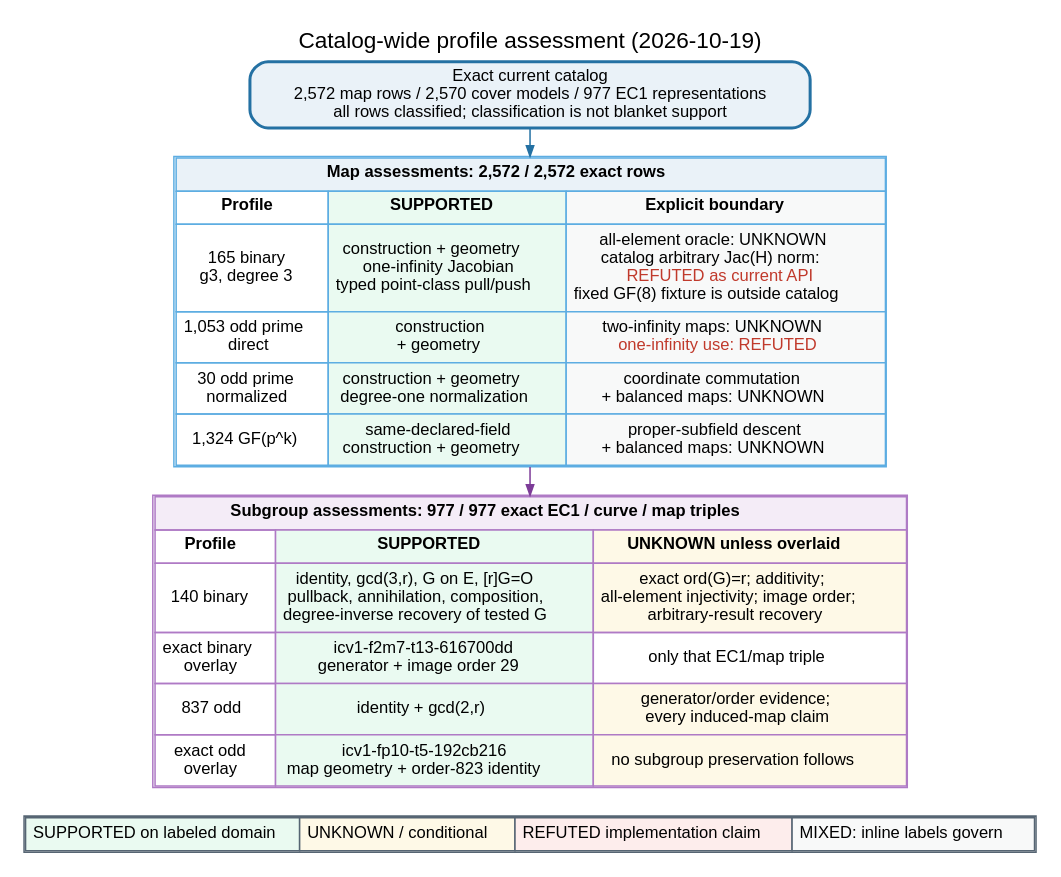
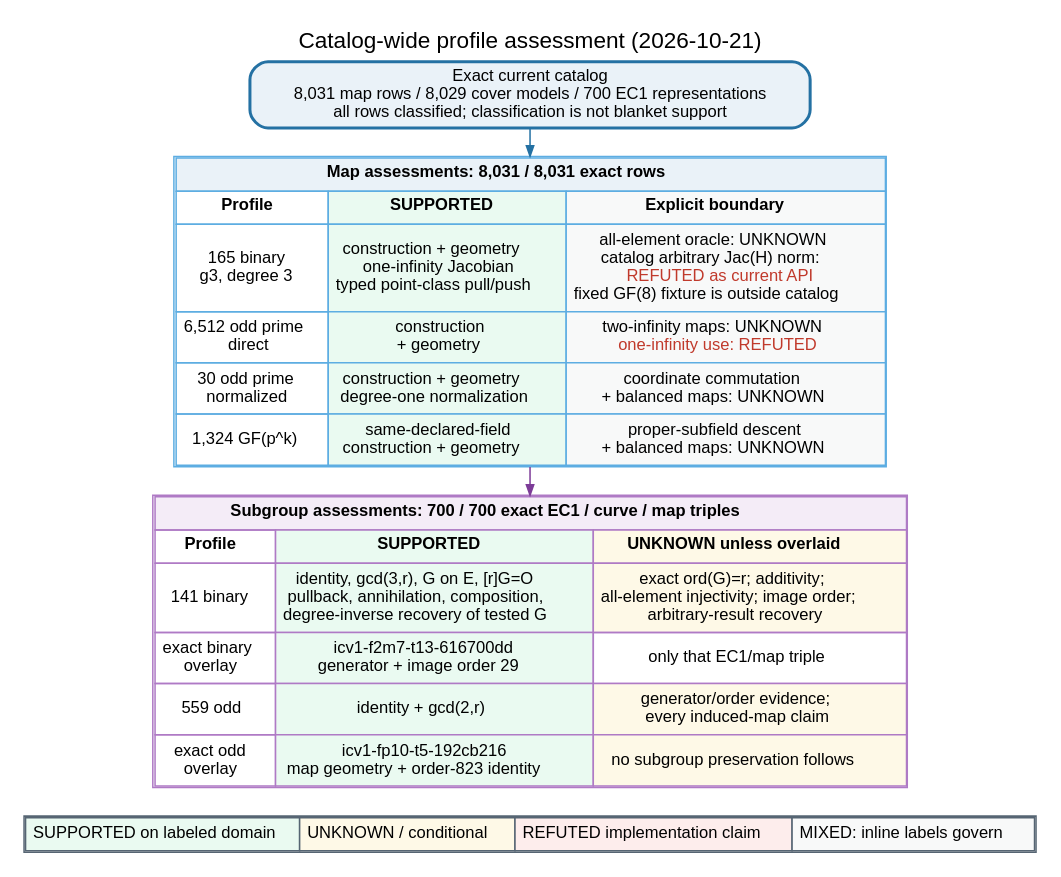
Before and after one commit to isogeny-labs/crypto: the diagram in research/cover_transfer_assessment_20261013/typed_correspondence.dot, drawn with Graphviz. The commit also changed 15 other files, not shown here.

Commit message:
Repair expanded cover catalog assessments and binary coordinate decoding

```diff
--- a/research/cover_transfer_assessment_20261013/typed_correspondence.dot
+++ b/research/cover_transfer_assessment_20261013/typed_correspondence.dot
@@ -1,64 +1,64 @@
-// cover-transfer-assessments/v2; catalog_maps=2572; unique_cover_models=2570; geometry_verified_maps=2572; ec1_representations=977; assessed_maps=2572; unassessed_maps=0; assessed_subgroups=977; unassessed_subgroups=0
+// cover-transfer-assessments/v2; catalog_maps=8031; unique_cover_models=8029; geometry_verified_maps=8031; ec1_representations=700; assessed_maps=8031; unassessed_maps=0; assessed_subgroups=700; unassessed_subgroups=0
 digraph cover_transfer_assessment {
   graph [
     rankdir=TB,
     bgcolor="white",
     pad="0.12",
     nodesep="0.20",
     ranksep="0.26",
     fontname="Helvetica",
     fontsize=15,
     labelloc="t",
-    label="Catalog-wide profile assessment (2026-10-19)"
+    label="Catalog-wide profile assessment (2026-10-21)"
   ];
   node [shape=box, style="rounded,filled", fillcolor="white", color="#34495e", fontname="Helvetica", fontsize=11];
   edge [fontname="Helvetica", fontsize=9, color="#34495e", arrowsize=0.7];
 
   catalog [
-    label="Exact current catalog\n2,572 map rows / 2,570 cover models / 977 EC1 representations\nall rows classified; classification is not blanket support",
+    label="Exact current catalog\n8,031 map rows / 8,029 cover models / 700 EC1 representations\nall rows classified; classification is not blanket support",
     fillcolor="#eaf2f8",
     color="#2471a3",
     penwidth=2
   ];
 
   maps [
     shape=plain,
     label=<
       <TABLE BORDER="1" CELLBORDER="1" CELLSPACING="0" CELLPADDING="4" COLOR="#5dade2">
-        <TR><TD COLSPAN="3" BGCOLOR="#eaf2f8"><B>Map assessments: 2,572 / 2,572 exact rows</B></TD></TR>
+        <TR><TD COLSPAN="3" BGCOLOR="#eaf2f8"><B>Map assessments: 8,031 / 8,031 exact rows</B></TD></TR>
         <TR><TD><B>Profile</B></TD><TD BGCOLOR="#eafaf1"><B>SUPPORTED</B></TD><TD BGCOLOR="#f8f9f9"><B>Explicit boundary</B></TD></TR>
         <TR><TD>165 binary<BR/>g3, degree 3</TD><TD BGCOLOR="#eafaf1">construction + geometry<BR/>one-infinity Jacobian<BR/>typed point-class pull/push</TD><TD BGCOLOR="#f8f9f9">all-element oracle: UNKNOWN<BR/>catalog arbitrary Jac(H) norm:<BR/><FONT COLOR="#c0392b">REFUTED as current API</FONT><BR/>fixed GF(8) fixture is outside catalog</TD></TR>
-        <TR><TD>1,053 odd prime<BR/>direct</TD><TD BGCOLOR="#eafaf1">construction<BR/>+ geometry</TD><TD BGCOLOR="#f8f9f9">two-infinity maps: UNKNOWN<BR/><FONT COLOR="#c0392b">one-infinity use: REFUTED</FONT></TD></TR>
+        <TR><TD>6,512 odd prime<BR/>direct</TD><TD BGCOLOR="#eafaf1">construction<BR/>+ geometry</TD><TD BGCOLOR="#f8f9f9">two-infinity maps: UNKNOWN<BR/><FONT COLOR="#c0392b">one-infinity use: REFUTED</FONT></TD></TR>
         <TR><TD>30 odd prime<BR/>normalized</TD><TD BGCOLOR="#eafaf1">construction + geometry<BR/>degree-one normalization</TD><TD BGCOLOR="#f8f9f9">coordinate commutation<BR/>+ balanced maps: UNKNOWN</TD></TR>
         <TR><TD>1,324 GF(p^k)</TD><TD BGCOLOR="#eafaf1">same-declared-field<BR/>construction + geometry</TD><TD BGCOLOR="#f8f9f9">proper-subfield descent<BR/>+ balanced maps: UNKNOWN</TD></TR>
       </TABLE>
     >
   ];
 
   subgroups [
     shape=plain,
     label=<
       <TABLE BORDER="1" CELLBORDER="1" CELLSPACING="0" CELLPADDING="4" COLOR="#af7ac5">
-        <TR><TD COLSPAN="3" BGCOLOR="#f4ecf7"><B>Subgroup assessments: 977 / 977 exact EC1 / curve / map triples</B></TD></TR>
+        <TR><TD COLSPAN="3" BGCOLOR="#f4ecf7"><B>Subgroup assessments: 700 / 700 exact EC1 / curve / map triples</B></TD></TR>
         <TR><TD><B>Profile</B></TD><TD BGCOLOR="#eafaf1"><B>SUPPORTED</B></TD><TD BGCOLOR="#fef9e7"><B>UNKNOWN unless overlaid</B></TD></TR>
-        <TR><TD>140 binary</TD><TD BGCOLOR="#eafaf1">identity, gcd(3,r), G on E, [r]G=O<BR/>pullback, annihilation, composition,<BR/>degree-inverse recovery of tested G</TD><TD BGCOLOR="#fef9e7">exact ord(G)=r; additivity;<BR/>all-element injectivity; image order;<BR/>arbitrary-result recovery</TD></TR>
+        <TR><TD>141 binary</TD><TD BGCOLOR="#eafaf1">identity, gcd(3,r), G on E, [r]G=O<BR/>pullback, annihilation, composition,<BR/>degree-inverse recovery of tested G</TD><TD BGCOLOR="#fef9e7">exact ord(G)=r; additivity;<BR/>all-element injectivity; image order;<BR/>arbitrary-result recovery</TD></TR>
         <TR><TD>exact binary<BR/>overlay</TD><TD BGCOLOR="#eafaf1">icv1-f2m7-t13-616700dd<BR/>generator + image order 29</TD><TD>only that EC1/map triple</TD></TR>
-        <TR><TD>837 odd</TD><TD BGCOLOR="#eafaf1">identity + gcd(2,r)</TD><TD BGCOLOR="#fef9e7">generator/order evidence;<BR/>every induced-map claim</TD></TR>
+        <TR><TD>559 odd</TD><TD BGCOLOR="#eafaf1">identity + gcd(2,r)</TD><TD BGCOLOR="#fef9e7">generator/order evidence;<BR/>every induced-map claim</TD></TR>
         <TR><TD>exact odd<BR/>overlay</TD><TD BGCOLOR="#eafaf1">icv1-fp10-t5-192cb216<BR/>map geometry + order-823 identity</TD><TD BGCOLOR="#fef9e7">no subgroup preservation follows</TD></TR>
       </TABLE>
     >
   ];
 
   legend [
     shape=plain,
     label=<
       <TABLE BORDER="1" CELLBORDER="1" CELLSPACING="0" CELLPADDING="4" COLOR="#566573">
         <TR><TD BGCOLOR="#eafaf1">SUPPORTED on labeled domain</TD><TD BGCOLOR="#fef9e7">UNKNOWN / conditional</TD><TD BGCOLOR="#fdedec">REFUTED implementation claim</TD><TD BGCOLOR="#f8f9f9">MIXED: inline labels govern</TD></TR>
       </TABLE>
     >
   ];
 
   catalog -> maps [color="#2471a3"];
   maps -> subgroups [color="#7d3c98"];
   subgroups -> legend [style="invis", weight=80];
 }
```
